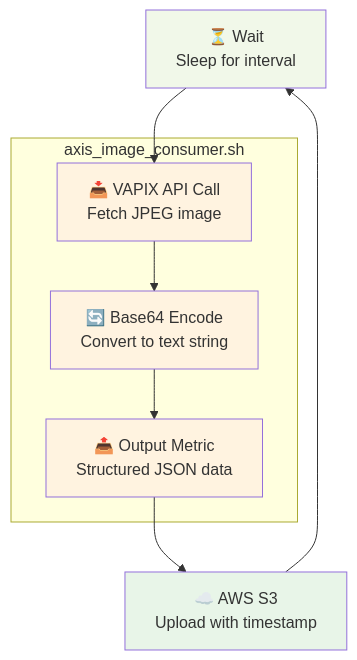
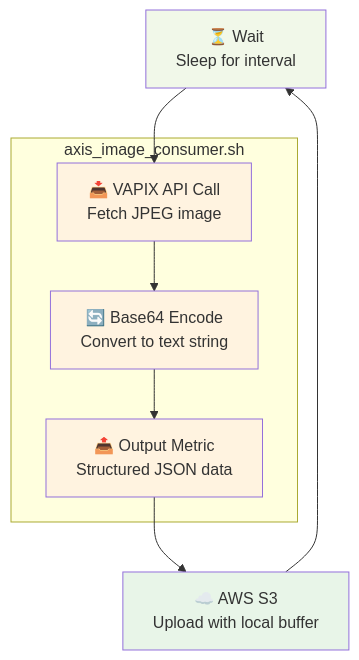
The diagram in project-timelapse-s3/README.md (fixedit-ai/fixedit-data-agent-examples), drawn with Mermaid before and after one commit. The commit also changed other lines of this file and 1 other file, not shown here.

````diff
--- a/project-timelapse-s3/README.md
+++ b/project-timelapse-s3/README.md
@@ -9,17 +9,17 @@
 ```mermaid
 flowchart TD
     A["⏳ Wait<br/>Sleep for interval"] --> B1["📥 VAPIX API Call<br/>Fetch JPEG image"]
-    B3 --> C["☁️ AWS S3<br/>Upload with timestamp"]
+    B3 --> C["☁️ AWS S3<br/>Upload with local buffer"]
     C --> A
 
     subgraph "axis_image_consumer.sh"
         B1["📥 VAPIX API Call<br/>Fetch JPEG image"] --> B2["🔄 Base64 Encode<br/>Convert to text string"]
         B2 --> B3["📤 Output Metric<br/>Structured JSON data"]
     end
 
     style A fill:#f1f8e9
     style C fill:#e8f5e8
     style B1 fill:#fff3e0
     style B2 fill:#fff3e0
     style B3 fill:#fff3e0
 ```
````
